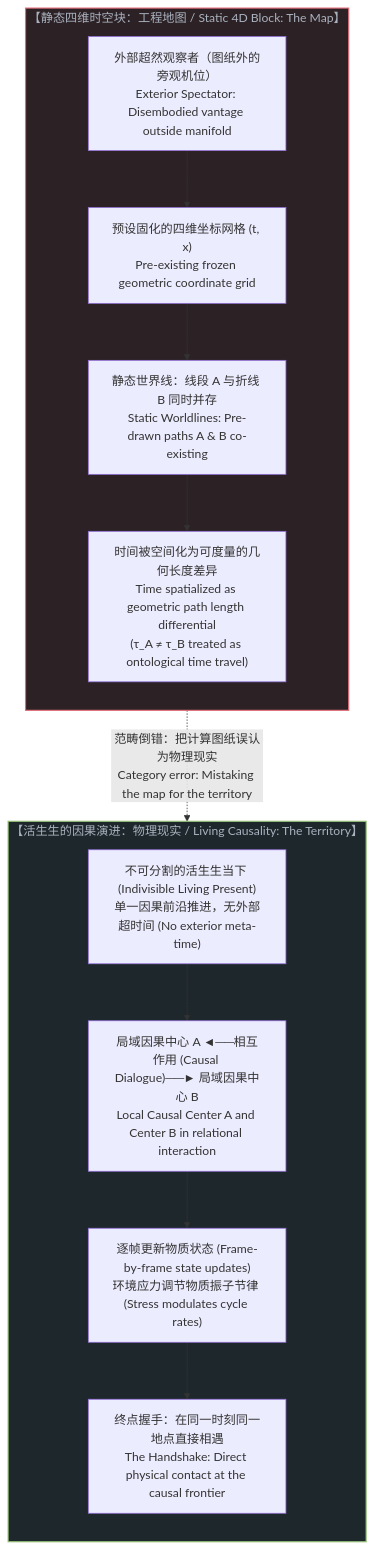
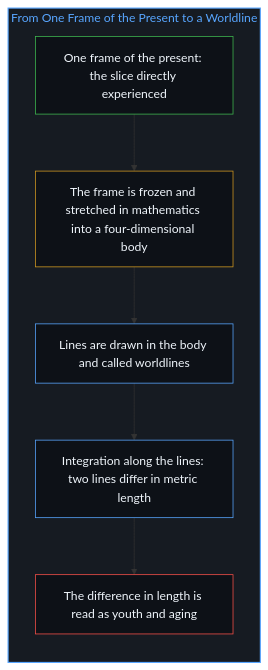
One commit to powerpig99/not-a-toe changed the sixth of 18 diagrams in content/posts/the-twin-paradox-and-the-hidden-observer.md. Above: the diagram before and after it, drawn with Mermaid. The commit also changed other lines of this file and 3 other files, not shown here.

Commit message:
Refine the-twin-paradox-and-the-hidden-observer: alternating bilingual layout, nine paired diagrams, projected time and lived time, implicit first person

````diff
--- a/content/posts/the-twin-paradox-and-the-hidden-observer.md
+++ b/content/posts/the-twin-paradox-and-the-hidden-observer.md
@@ -137,27 +178,22 @@
 ```mermaid
-graph TB
-    subgraph Map["【静态四维时空块：工程地图 / Static 4D Block: The Map】"]
+flowchart TD
+    subgraph S_Param["From One Frame of the Present to a Worldline"]
         direction TB
-        M1["外部超然观察者（图纸外的旁观机位）<br>Exterior Spectator: Disembodied vantage outside manifold"]
-        M2["预设固化的四维坐标网格 (t, x)<br>Pre-existing frozen geometric coordinate grid"]
-        M3["静态世界线：线段 A 与折线 B 同时并存<br>Static Worldlines: Pre-drawn paths A & B co-existing"]
-        M4["时间被空间化为可度量的几何长度差异<br>Time spatialized as geometric path length differential<br>(τ_A ≠ τ_B treated as ontological time travel)"]
-        
-        M1 --> M2 --> M3 --> M4
+        Present["One frame of the present: the slice directly experienced"]
+        Freeze["The frame is frozen and stretched in mathematics into a four-dimensional body"]
+        Lines["Lines are drawn in the body and called worldlines"]
+        Length["Integration along the lines: two lines differ in metric length"]
+        Read["The difference in length is read as youth and aging"]
+        Present --> Freeze
+        Freeze --> Lines
+        Lines --> Length
+        Length --> Read
     end
 
-    subgraph Territory["【活生生的因果演进：物理现实 / Living Causality: The Territory】"]
-        direction TB
-        T1["不可分割的活生生当下 (Indivisible Living Present)<br>单一因果前沿推进，无外部超时间 (No exterior meta-time)"]
-        T2["局域因果中心 A ◄──相互作用 (Causal Dialogue)──► 局域因果中心 B<br>Local Causal Center A and Center B in relational interaction"]
-        T3["逐帧更新物质状态 (Frame-by-frame state updates)<br>环境应力调节物质振子节律 (Stress modulates cycle rates)"]
-        T4["终点握手：在同一时刻同一地点直接相遇<br>The Handshake: Direct physical contact at the causal frontier"]
-        
-        T1 --> T2 --> T3 --> T4
-    end
-
-    Map -.->|"范畴倒错：把计算图纸误认为物理现实<br>Category error: Mistaking the map for the territory"| Territory
-
-    style Map fill:#2c2226,stroke:#e06c75,stroke-width:1.5px,color:#abb2bf
-    style Territory fill:#1e272c,stroke:#98c379,stroke-width:1.5px,color:#abb2bf
+    style S_Param fill:#161b22,stroke:#58a6ff,stroke-width:1.5px,color:#58a6ff
+    style Present fill:#0d1117,stroke:#3fb950,stroke-width:1px,color:#f0f6fc
+    style Freeze fill:#0d1117,stroke:#d29922,stroke-width:1px,color:#f0f6fc
+    style Lines fill:#0d1117,stroke:#58a6ff,stroke-width:1px,color:#f0f6fc
+    style Length fill:#0d1117,stroke:#58a6ff,stroke-width:1px,color:#f0f6fc
+    style Read fill:#0d1117,stroke:#f85149,stroke-width:1px,color:#f0f6fc
 ```
````
